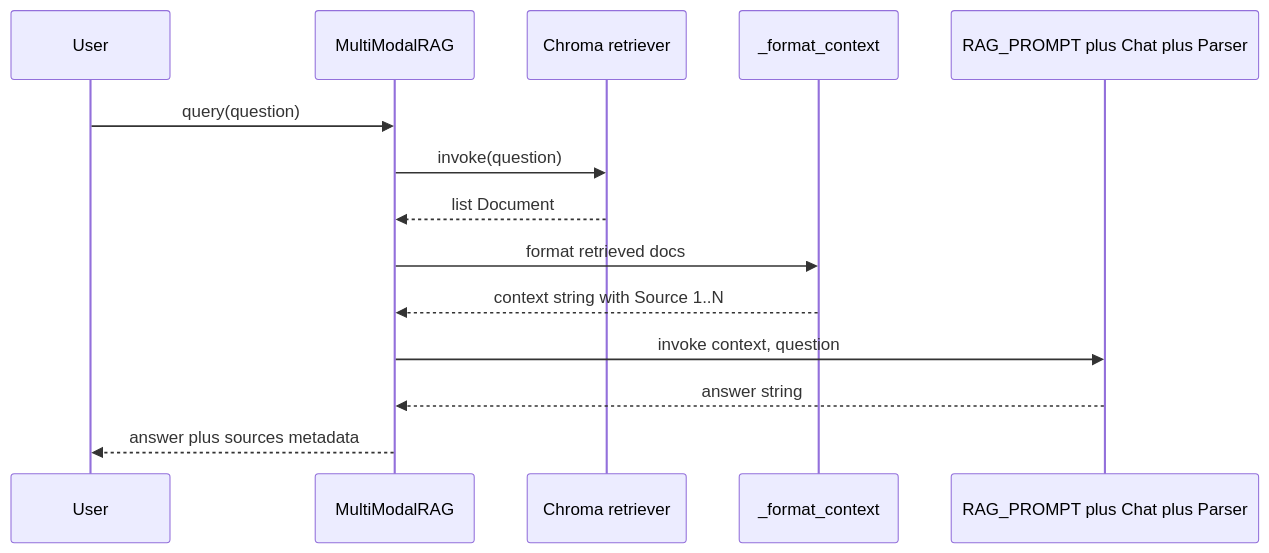
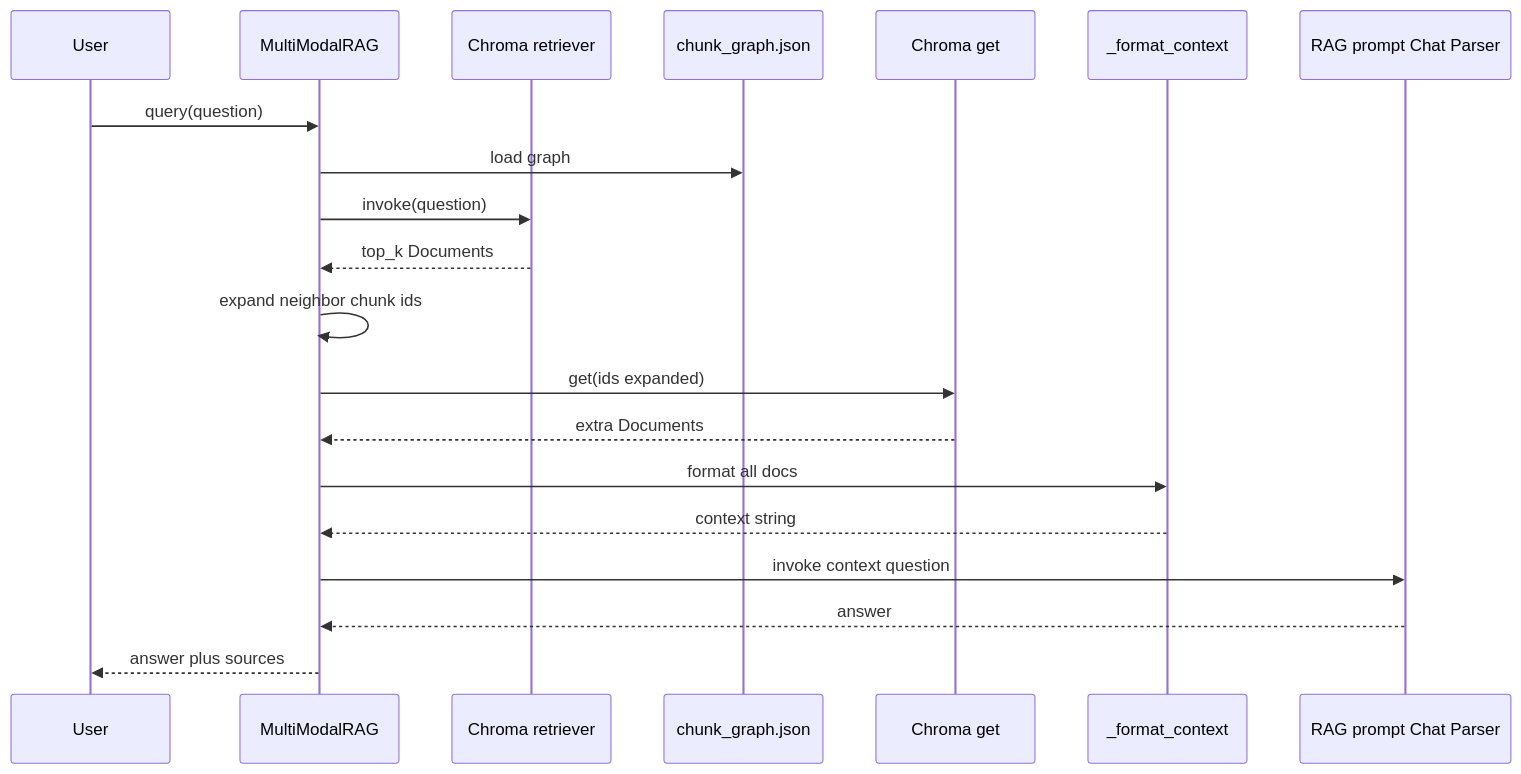
One commit to nishant5790/multi-model-rag changed the eighth of 9 diagrams in docs/architecture.md. Above: the diagram before and after it, drawn with Mermaid. The commit also changed other lines of this file and 5 other files, not shown here.

Commit message:
adding graph implementation

````diff
--- a/docs/architecture.md
+++ b/docs/architecture.md
@@ -81,17 +184,23 @@
 ```mermaid
 sequenceDiagram
     participant User
     participant R as MultiModalRAG
     participant Ret as Chroma retriever
+    participant G as chunk_graph.json
+    participant CH as Chroma get
     participant F as _format_context
-    participant QA as RAG_PROMPT plus Chat plus Parser
+    participant QA as RAG prompt Chat Parser
 
     User->>R: query(question)
+    R->>G: load graph
     R->>Ret: invoke(question)
-    Ret-->>R: list Document
-    R->>F: format retrieved docs
-    F-->>R: context string with Source 1..N
-    R->>QA: invoke context, question
-    QA-->>R: answer string
-    R-->>User: answer plus sources metadata
+    Ret-->>R: top_k Documents
+    R->>R: expand neighbor chunk ids
+    R->>CH: get(ids expanded)
+    CH-->>R: extra Documents
+    R->>F: format all docs
+    F-->>R: context string
+    R->>QA: invoke context question
+    QA-->>R: answer
+    R-->>User: answer plus sources
 ```
````
